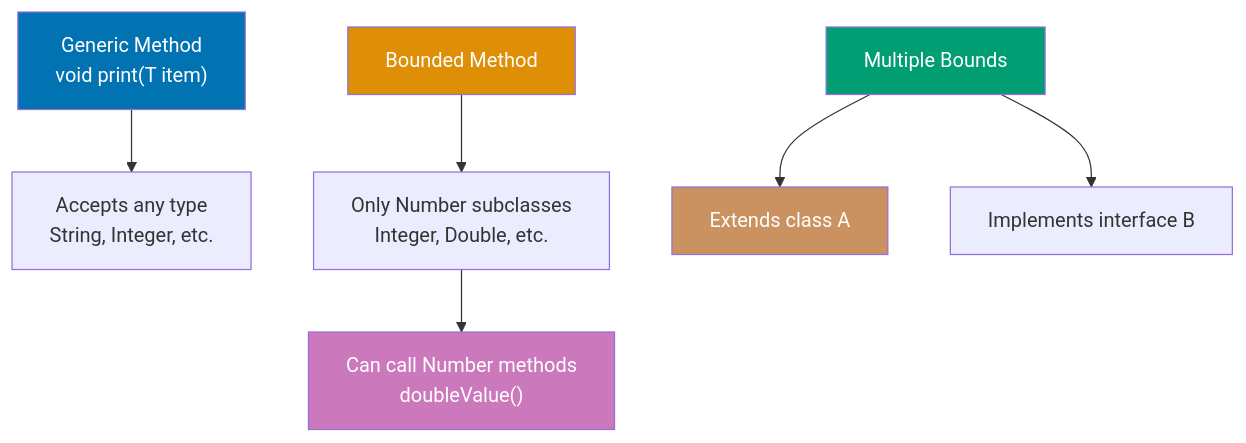
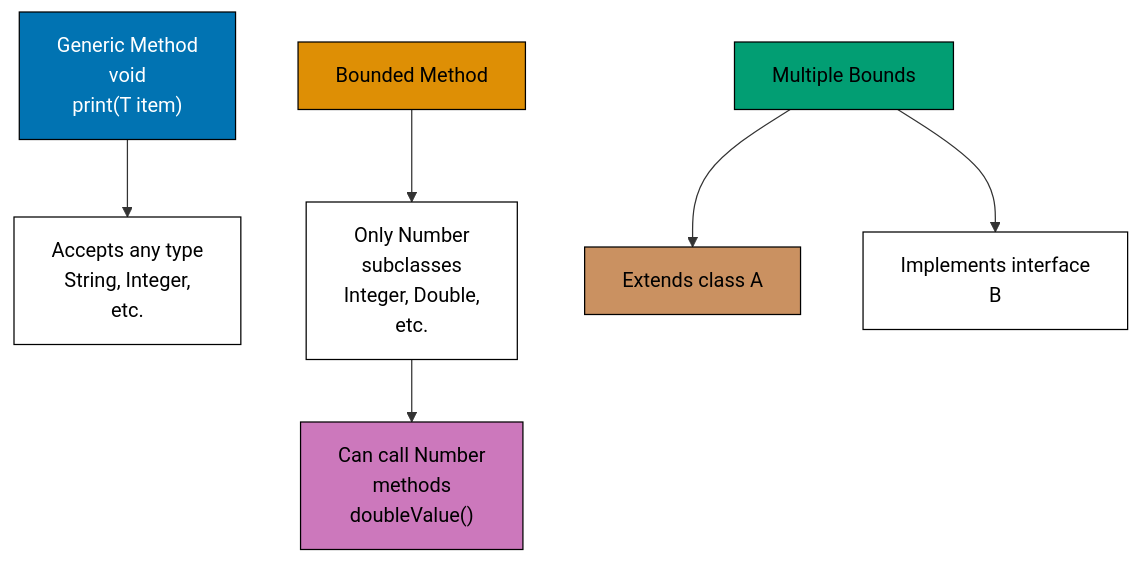
The third of 11 diagrams in apps/ayokoding-www/content/en/learn/legacy/software-engineering/programming-languages/java/by-example/intermediate.md (wahidyankf/ose-public), drawn with Mermaid before and after one commit. The commit also changed other lines of this file and 112 other files, not shown here.

First line of the commit message:
fix(mermaid): bring the legacy programming-languages diagrams onto the accessible palette

````diff
--- a/apps/ayokoding-www/content/en/learn/legacy/software-engineering/programming-languages/java/by-example/intermediate.md
+++ b/apps/ayokoding-www/content/en/learn/legacy/software-engineering/programming-languages/java/by-example/intermediate.md
@@ -700,17 +714,25 @@
 ```mermaid
 %% Color Palette: Blue #0173B2, Orange #DE8F05, Teal #029E73, Purple #CC78BC, Brown #CA9161
 graph TD
-    Method["Generic Method<br/><T> void print#40;T item#41;"] --> AnyType["Accepts any type<br/>String, Integer, etc."]
+    accTitle: Example 39: Generic Methods and Bounded Type Parameters
+    accDescr: Graph with 9 nodes and 6 connections. Nodes: Generic Method void print40T item41, Accepts any type String, Integer, etc., Bounded Method, Only Number subclasses Integer, Double, etc., Can call Number methods doubleValue4041, MultiBound, B, Extends class A, Implements interface B. Connections: Generic Method void print40T item41 to Accepts any type String, Integer, etc., Bounded Method to Only Number subclasses Integer, Double, etc., Only Number subclasses Integer, Double, etc. to Can call Number methods doubleValue4041, MultiBound to Extends class A, B to Extends class A, MultiBound to Implements interface B.
+    Method["Generic Method<br/><T> void<br/>print#40;T item#41;"] --> AnyType["Accepts any type<br/>String, Integer,<br/>etc."]
 
-    Bounded["Bounded Method<br/><T extends Number>"] --> Restrict["Only Number subclasses<br/>Integer, Double, etc."]
-    Restrict --> Access["Can call Number methods<br/>doubleValue#40;#41;"]
+    Bounded["Bounded Method<br/><T extends Number>"] --> Restrict["Only Number<br/>subclasses<br/>Integer, Double,<br/>etc."]
+    Restrict --> Access["Can call Number<br/>methods<br/>doubleValue#40;#41;"]
 
     MultiBound["Multiple Bounds<br/><T extends A & B>"] --> Class["Extends class A"]
-    MultiBound --> Interface["Implements interface B"]
+    MultiBound --> Interface["Implements interface<br/>B"]
 
-    style Method fill:#0173B2,color:#fff
-    style Bounded fill:#DE8F05,color:#fff
-    style MultiBound fill:#029E73,color:#fff
-    style Access fill:#CC78BC,color:#fff
-    style Class fill:#CA9161,color:#fff
+    classDef pal-0173B2 fill:#0173B2,stroke:#000000,color:#FFFFFF
+    class Method pal-0173B2
+    classDef pal-DE8F05 fill:#DE8F05,stroke:#000000,color:#000000
+    class Bounded pal-DE8F05
+    classDef pal-029E73 fill:#029E73,stroke:#000000,color:#000000
+    class MultiBound pal-029E73
+    classDef pal-CC78BC fill:#CC78BC,stroke:#000000,color:#000000
+    class Access pal-CC78BC
+    classDef pal-CA9161 fill:#CA9161,stroke:#000000,color:#000000
+    class Class pal-CA9161
+    classDef default fill:#FFFFFF,stroke:#000000,color:#000000
 ```
````
